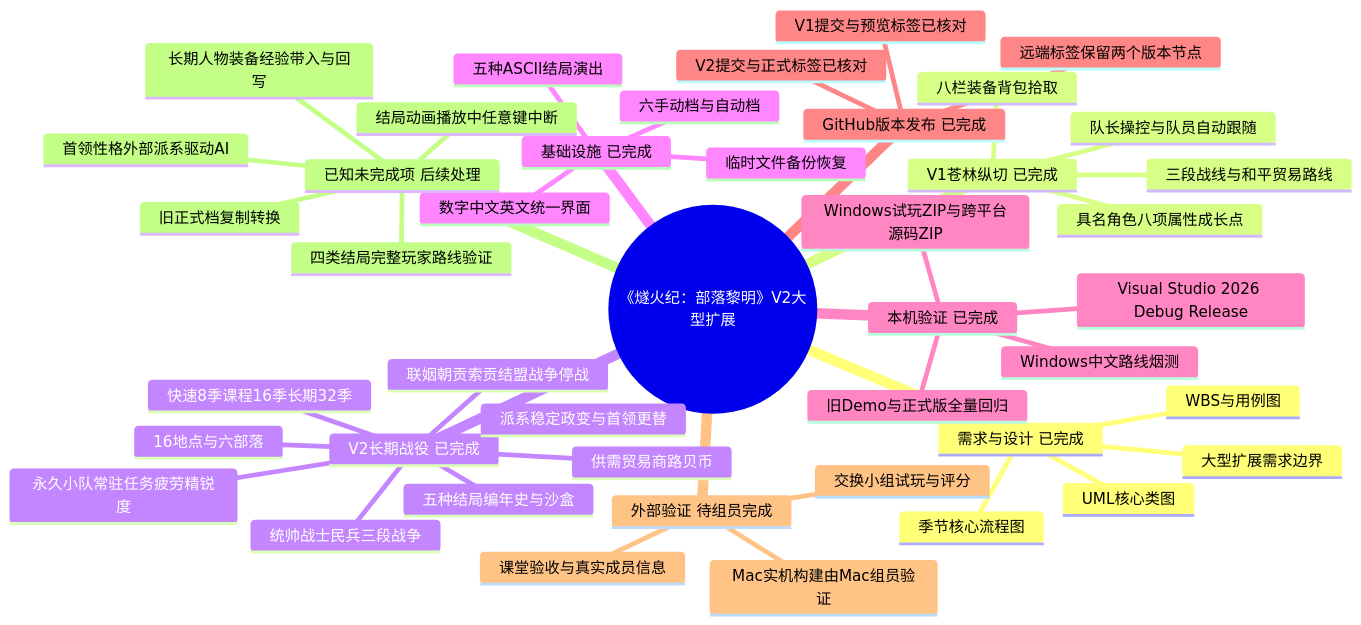
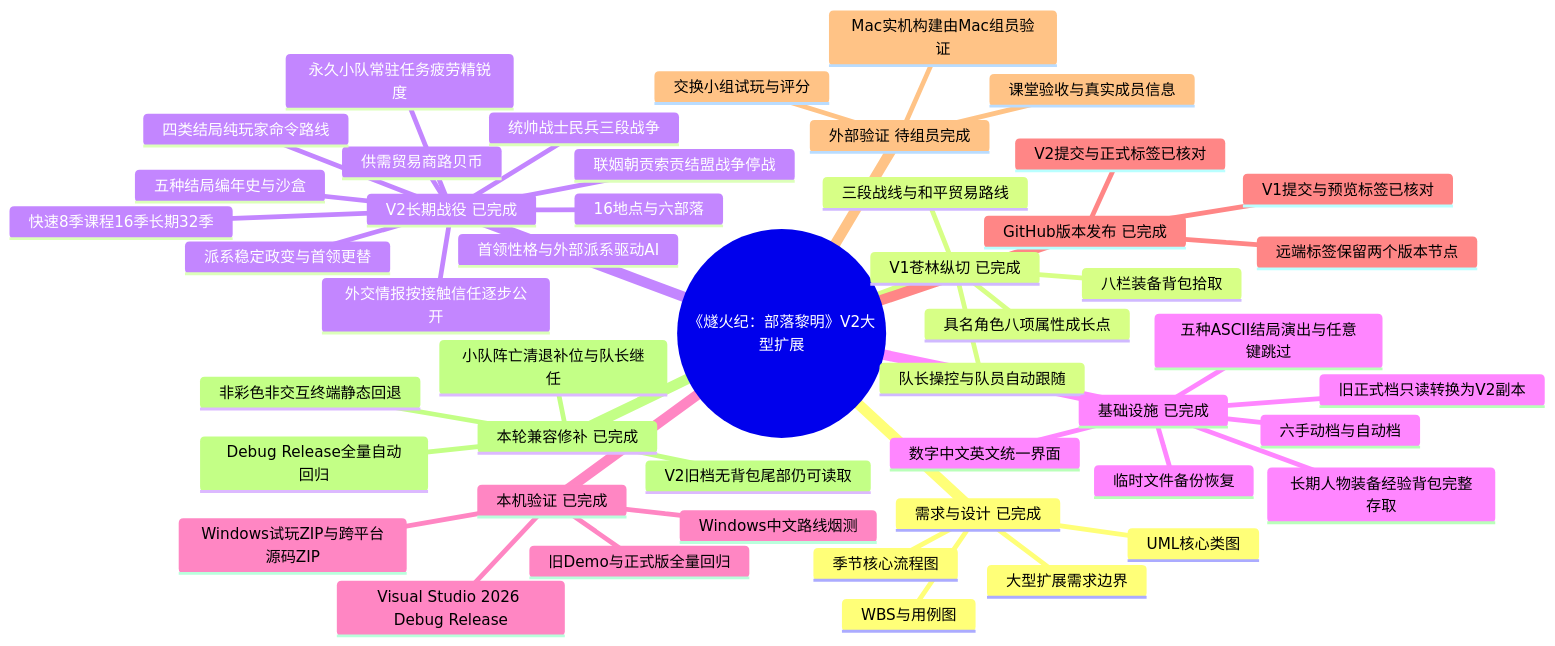
One commit to gs8-79/new-game changed the diagram in formal/docs/diagrams/expanded/01-wbs-expanded.mmd. Above: the diagram before and after it, drawn with Mermaid. The commit also changed 62 other files, not shown here.

```diff
--- a/formal/docs/diagrams/expanded/01-wbs-expanded.mmd
+++ b/formal/docs/diagrams/expanded/01-wbs-expanded.mmd
@@ -1,45 +1,49 @@
 mindmap
   root((《燧火纪：部落黎明》V2大型扩展))
     需求与设计 已完成
       大型扩展需求边界
       WBS与用例图
       UML核心类图
       季节核心流程图
     V1苍林纵切 已完成
       具名角色八项属性成长点
       八栏装备背包拾取
       队长操控与队员自动跟随
       三段战线与和平贸易路线
     V2长期战役 已完成
       快速8季课程16季长期32季
       16地点与六部落
       永久小队常驻任务疲劳精锐度
       联姻朝贡索贡结盟战争停战
       派系稳定政变与首领更替
       供需贸易商路贝币
       统帅战士民兵三段战争
       五种结局编年史与沙盒
+      首领性格与外部派系驱动AI
+      外交情报按接触信任逐步公开
+      四类结局纯玩家命令路线
     基础设施 已完成
       六手动档与自动档
       临时文件备份恢复
-      五种ASCII结局演出
+      旧正式档只读转换为V2副本
+      长期人物装备经验背包完整存取
+      五种ASCII结局演出与任意键跳过
       数字中文英文统一界面
     本机验证 已完成
       Visual Studio 2026 Debug Release
       旧Demo与正式版全量回归
       Windows中文路线烟测
       Windows试玩ZIP与跨平台源码ZIP
     GitHub版本发布 已完成
       V1提交与预览标签已核对
       V2提交与正式标签已核对
       远端标签保留两个版本节点
     外部验证 待组员完成
       Mac实机构建由Mac组员验证
       交换小组试玩与评分
       课堂验收与真实成员信息
-    已知未完成项 后续处理
-      旧正式档复制转换
-      结局动画播放中任意键中断
-      长期人物装备经验带入与回写
-      四类结局完整玩家路线验证
-      首领性格外部派系驱动AI
+    本轮兼容修补 已完成
+      V2旧档无背包尾部仍可读取
+      小队阵亡清退补位与队长继任
+      非彩色非交互终端静态回退
+      Debug Release全量自动回归
```
